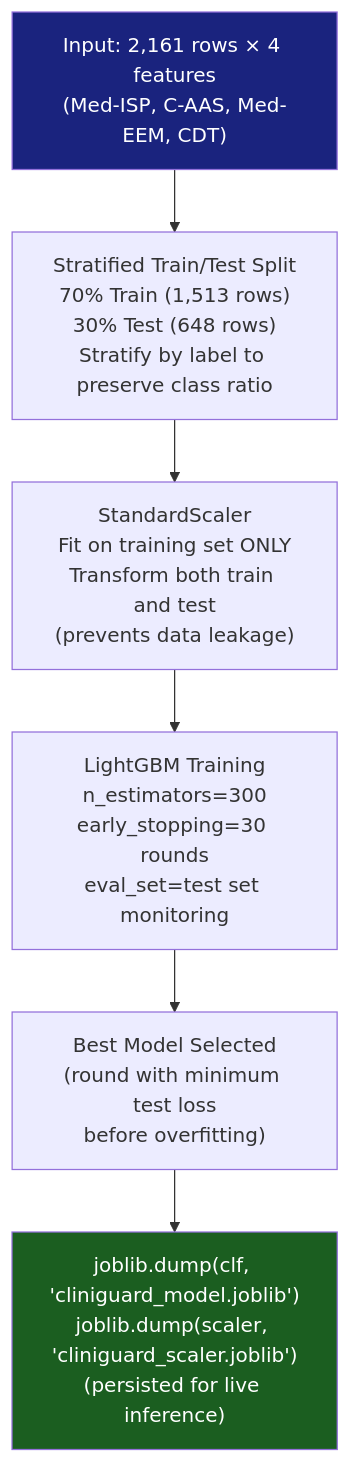
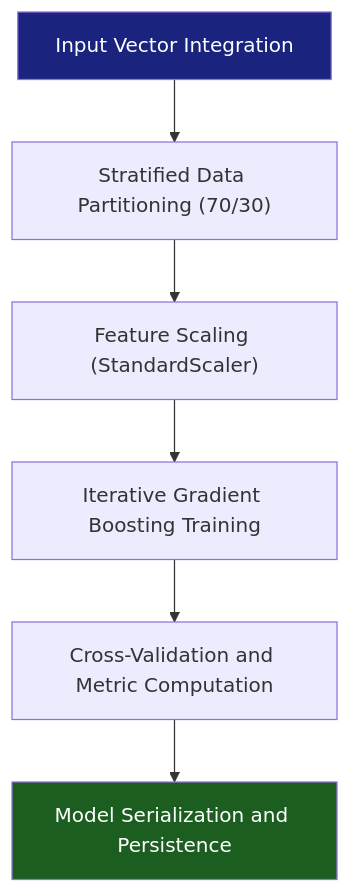
Before and after one commit to yogeshravi19/cliniguard: diagram 11 of 19 in CLINIGUARD_Project_Documentation_Report.md, drawn with Mermaid. The commit also changed other lines of this file and 1 other file, not shown here.

````diff
--- a/CLINIGUARD_Project_Documentation_Report.md
+++ b/CLINIGUARD_Project_Documentation_Report.md
@@ -568,11 +536,11 @@
 ```mermaid
 flowchart TD
-    A["Input: 2,161 rows × 4 features\n(Med-ISP, C-AAS, Med-EEM, CDT)"] --> B["Stratified Train/Test Split\n70% Train (1,513 rows)\n30% Test (648 rows)\nStratify by label to preserve class ratio"]
-    B --> C["StandardScaler\nFit on training set ONLY\nTransform both train and test\n(prevents data leakage)"]
-    C --> D["LightGBM Training\nn_estimators=300\nearly_stopping=30 rounds\neval_set=test set monitoring"]
-    D --> E["Best Model Selected\n(round with minimum test loss\nbefore overfitting)"]
-    E --> F["joblib.dump(clf, 'cliniguard_model.joblib')\njoblib.dump(scaler, 'cliniguard_scaler.joblib')\n(persisted for live inference)"]
+    A["Input Vector Integration"] --> B["Stratified Data Partitioning (70/30)"]
+    B --> C["Feature Scaling (StandardScaler)"]
+    C --> D["Iterative Gradient Boosting Training"]
+    D --> E["Cross-Validation and Metric Computation"]
+    E --> F["Model Serialization and Persistence"]
 
     style A fill:#1a237e,color:#fff
     style F fill:#1b5e20,color:#fff
 ```
````
